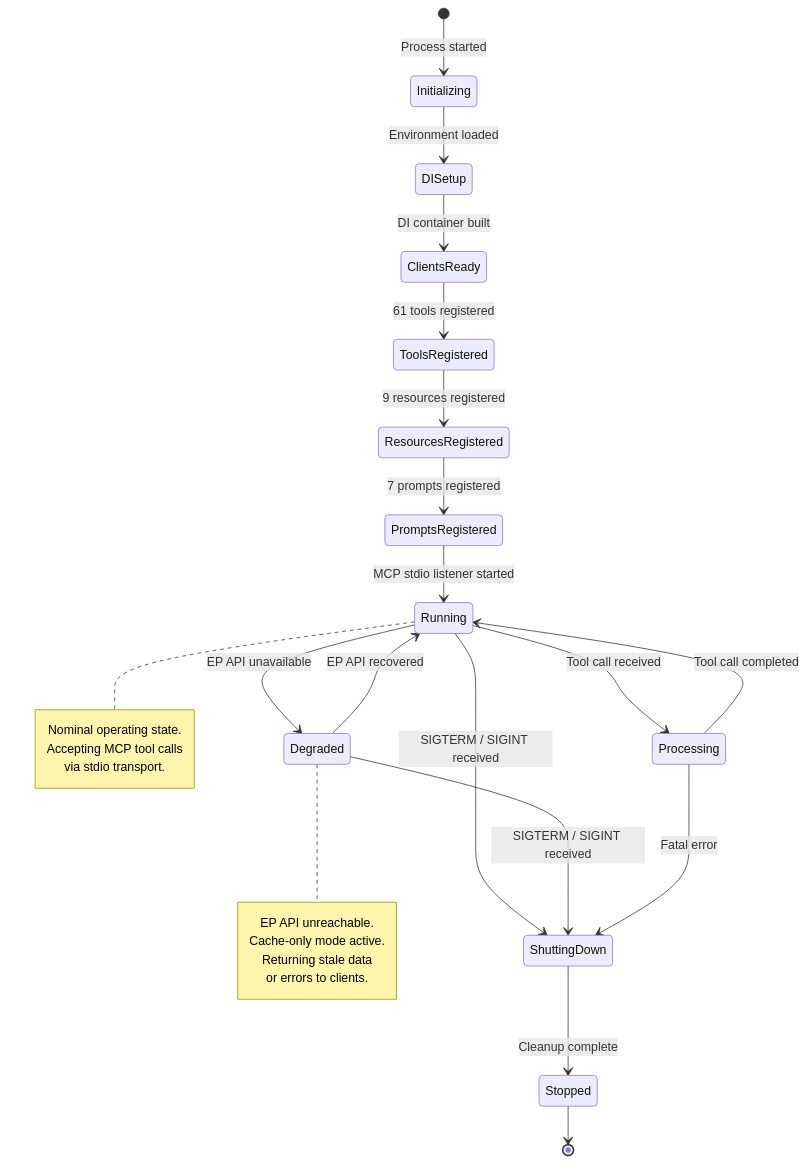
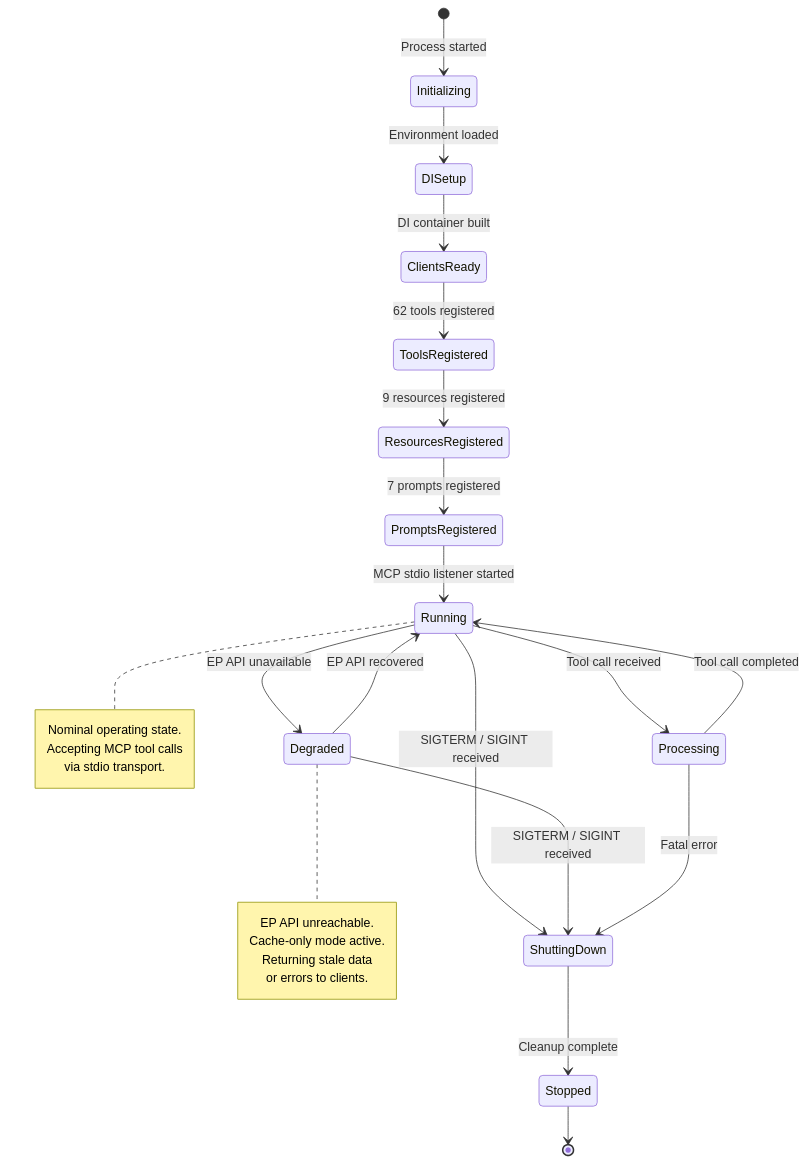
One commit to Hack23/European-Parliament-MCP-Server changed the first of 7 diagrams in docs/api-markdown/_media/STATEDIAGRAM.md. Above: the diagram before and after it, drawn with Mermaid. The commit also changed other lines of this file and 55 other files, not shown here.

````diff
--- a/docs/api-markdown/_media/STATEDIAGRAM.md
+++ b/docs/api-markdown/_media/STATEDIAGRAM.md
@@ -57,37 +57,37 @@
 ```mermaid
 stateDiagram-v2
     [*] --> Initializing : Process started
 
     Initializing --> DISetup : Environment loaded
     DISetup --> ClientsReady : DI container built
-    ClientsReady --> ToolsRegistered : 61 tools registered
+    ClientsReady --> ToolsRegistered : 62 tools registered
     ToolsRegistered --> ResourcesRegistered : 9 resources registered
     ResourcesRegistered --> PromptsRegistered : 7 prompts registered
     PromptsRegistered --> Running : MCP stdio listener started
 
     Running --> Processing : Tool call received
     Processing --> Running : Tool call completed
 
     Running --> Degraded : EP API unavailable
     Degraded --> Running : EP API recovered
 
     Running --> ShuttingDown : SIGTERM / SIGINT received
     Degraded --> ShuttingDown : SIGTERM / SIGINT received
     Processing --> ShuttingDown : Fatal error
 
     ShuttingDown --> Stopped : Cleanup complete
     Stopped --> [*]
 
     note right of Running
         Nominal operating state.
         Accepting MCP tool calls
         via stdio transport.
     end note
 
     note right of Degraded
         EP API unreachable.
         Cache-only mode active.
         Returning stale data
         or errors to clients.
     end note
 ```
````
